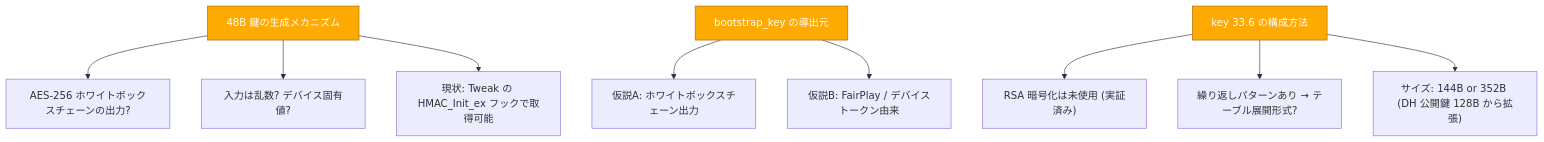
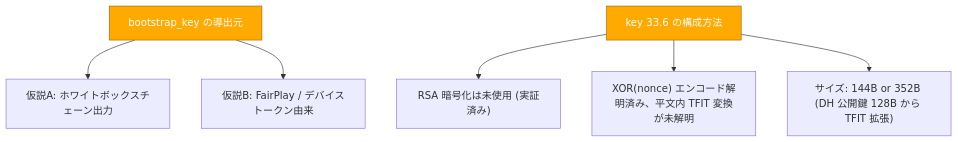
The fifth of 5 diagrams in docs/spec/msl_key_relationship.md (qtmleap/revkit), drawn with Mermaid before and after one commit. The commit also changed other lines of this file, not shown here.

Commit message:
docs(spec): 48B鍵を「計算可能」に更新、SHA384(session_bind[:16]) 解明
- 48B鍵をオレンジ(由来不明)→緑(解明済み)に変更
- 鍵一覧テーブルに導出式を追記
- 未解明ポイントから48B鍵を解決済みに移動
- 凡例に緑(解明済み)を追加

````diff
--- a/docs/spec/msl_key_relationship.md
+++ b/docs/spec/msl_key_relationship.md
@@ -295,21 +298,15 @@
 ```mermaid
 graph TD
-    Q1["48B 鍵の生成メカニズム"]
     Q2["bootstrap_key の導出元"]
     Q3["key 33.6 の構成方法"]
-
-    Q1 --> H1["AES-256 ホワイトボックスチェーンの出力?"]
-    Q1 --> H2["入力は乱数? デバイス固有値?"]
-    Q1 --> H3["現状: Tweak の HMAC_Init_ex フックで取得可能"]
 
     Q2 --> H4["仮説A: ホワイトボックスチェーン出力"]
     Q2 --> H5["仮説B: FairPlay / デバイストークン由来"]
 
     Q3 --> H6["RSA 暗号化は未使用 (実証済み)"]
-    Q3 --> H7["繰り返しパターンあり → テーブル展開形式?"]
-    Q3 --> H8["サイズ: 144B or 352B (DH 公開鍵 128B から拡張)"]
+    Q3 --> H7["XOR(nonce) エンコード解明済み、平文内 TFIT 変換が未解明"]
+    Q3 --> H8["サイズ: 144B or 352B (DH 公開鍵 128B から TFIT 拡張)"]
 
-    style Q1 fill:#fa0,stroke:#a60,color:#fff
     style Q2 fill:#fa0,stroke:#a60,color:#fff
     style Q3 fill:#fa0,stroke:#a60,color:#fff
 ```
````
